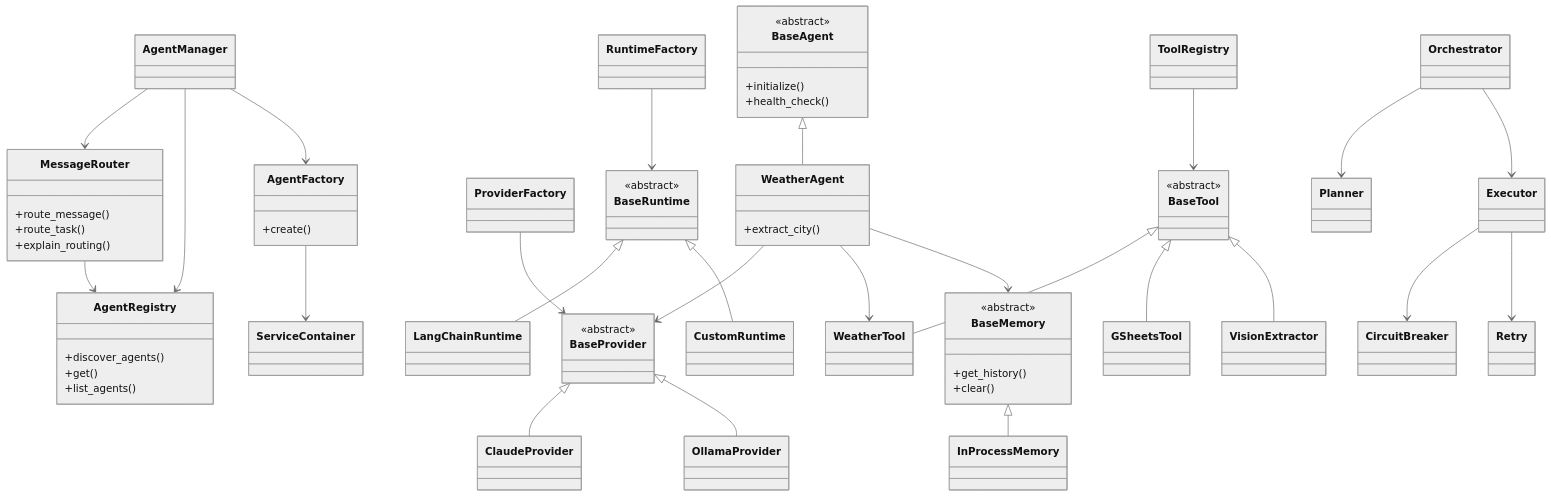
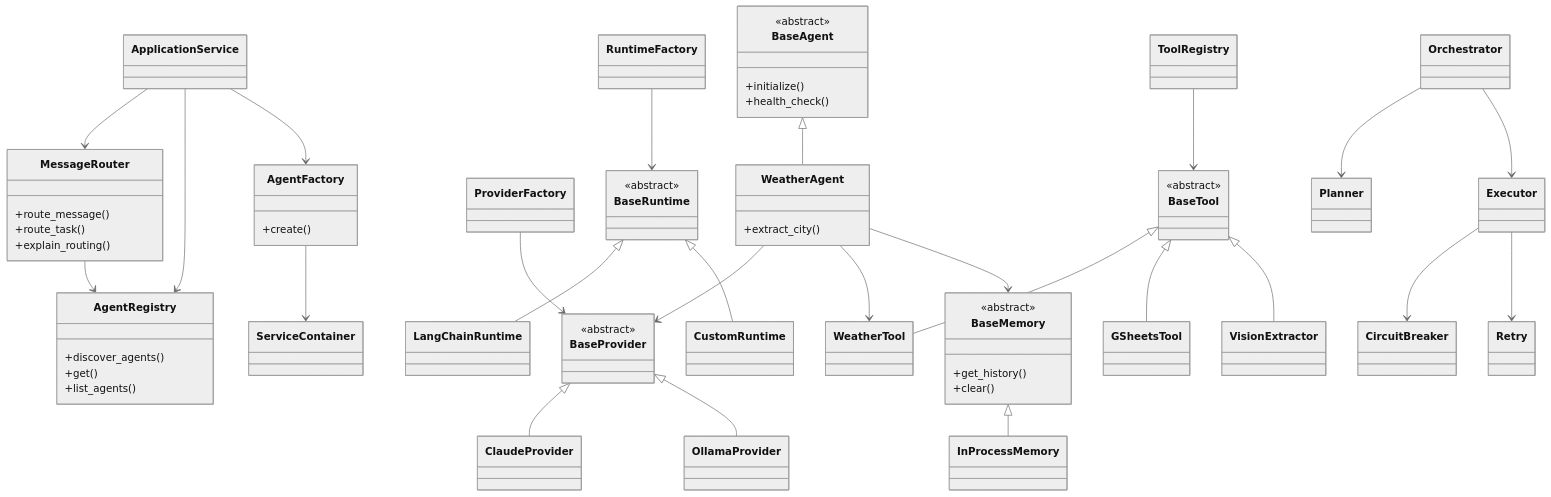
Before and after one commit to janani-h-kumar/em-ai-labs: the diagram in docs/arch and design.md, drawn with Mermaid (neutral theme). The commit also changed other lines of this file and 21 other files, not shown here.

````diff
--- a/docs/arch and design.md
+++ b/docs/arch and design.md
@@ -443,7 +443,7 @@
 ```mermaid
 classDiagram
 
-class AgentManager
+class ApplicationService
 
 class MessageRouter {
   +route_message()
@@ -513,9 +513,9 @@
 class CircuitBreaker
 class Retry
 
-AgentManager --> MessageRouter
-AgentManager --> AgentRegistry
-AgentManager --> AgentFactory
+ApplicationService --> MessageRouter
+ApplicationService --> AgentRegistry
+ApplicationService --> AgentFactory
 
 MessageRouter --> AgentRegistry
 AgentFactory --> ServiceContainer
````
